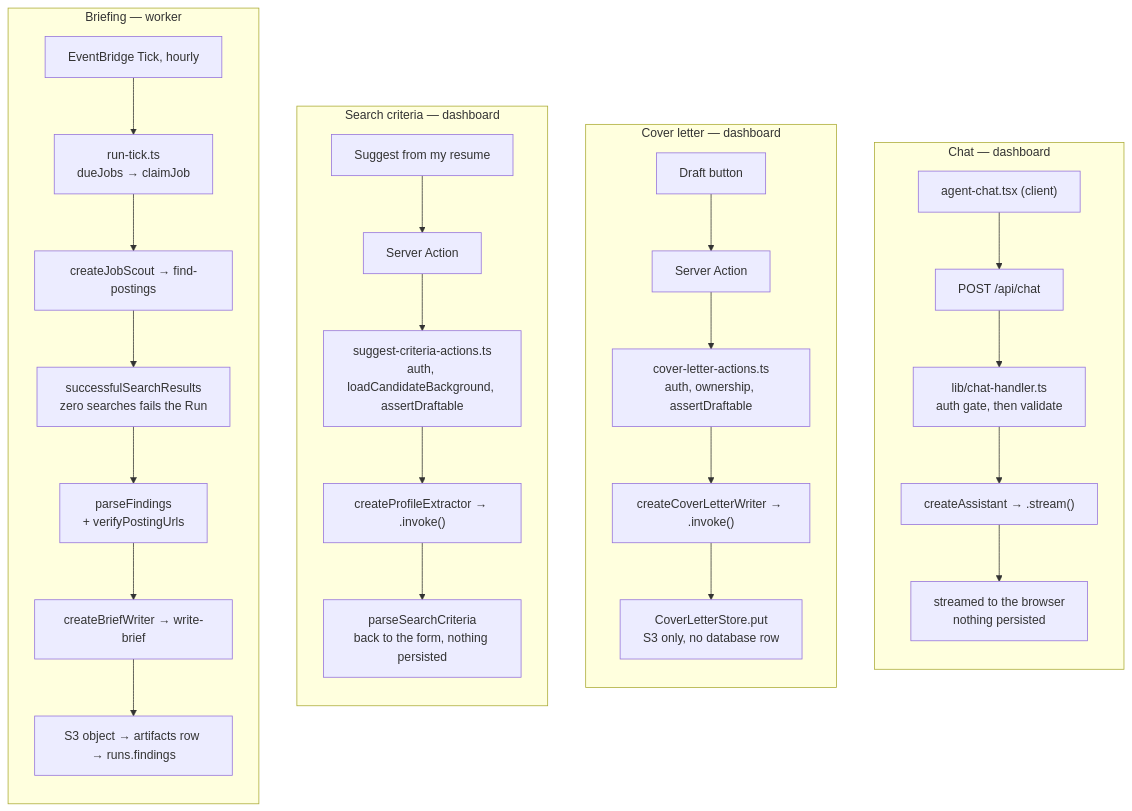
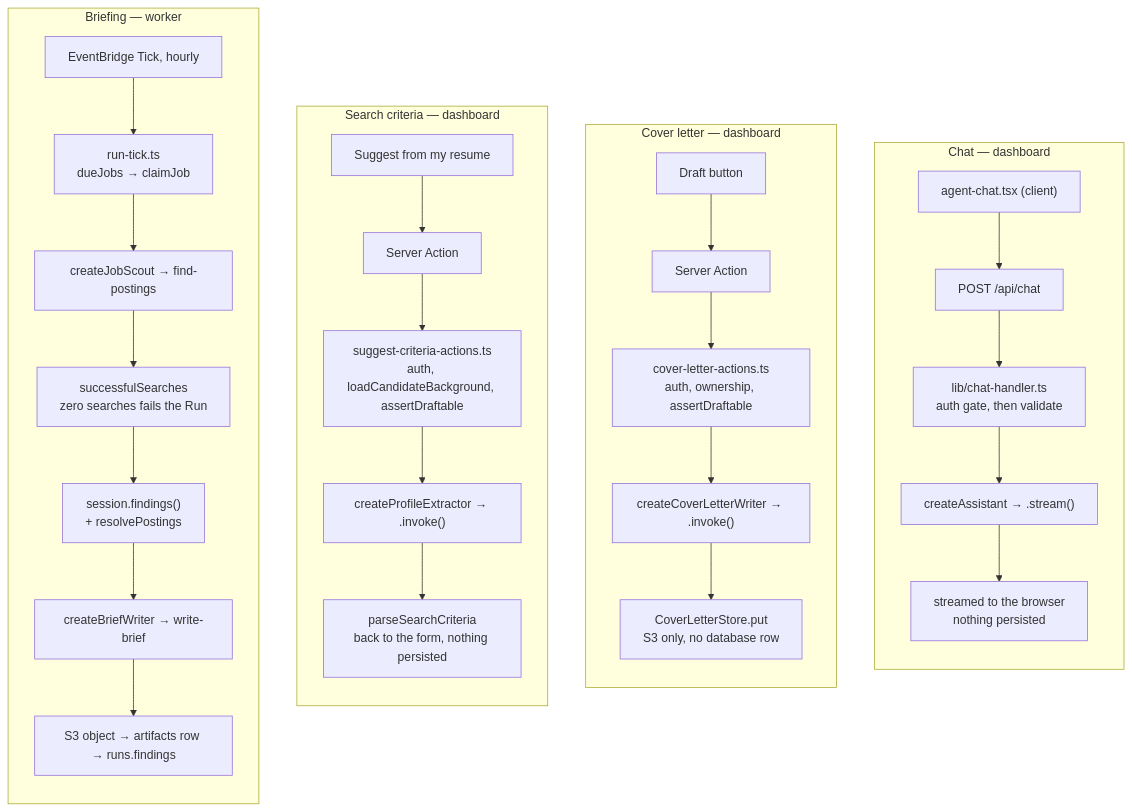
One commit to sunnyeyles/control-panel changed the fourth of 5 diagrams in docs/agent-architecture.md. Above: the diagram before and after it, drawn with Mermaid. The commit also changed other lines of this file and 36 other files, not shown here.

````diff
--- a/docs/agent-architecture.md
+++ b/docs/agent-architecture.md
@@ -238,36 +259,36 @@
 ```mermaid
 flowchart TD
     subgraph chat ["Chat — dashboard"]
         direction TB
         C1["agent-chat.tsx (client)"] --> C2["POST /api/chat"]
         C2 --> C3["lib/chat-handler.ts<br/>auth gate, then validate"]
         C3 --> C4["createAssistant → .stream()"]
         C4 --> C5["streamed to the browser<br/>nothing persisted"]
     end
 
     subgraph letter ["Cover letter — dashboard"]
         direction TB
         L1["Draft button"] --> L2["Server Action"]
         L2 --> L3["cover-letter-actions.ts<br/>auth, ownership, assertDraftable"]
         L3 --> L4["createCoverLetterWriter → .invoke()"]
         L4 --> L5["CoverLetterStore.put<br/>S3 only, no database row"]
     end
 
     subgraph criteria ["Search criteria — dashboard"]
         direction TB
         S1["Suggest from my resume"] --> S2["Server Action"]
         S2 --> S3["suggest-criteria-actions.ts<br/>auth, loadCandidateBackground, assertDraftable"]
         S3 --> S4["createProfileExtractor → .invoke()"]
         S4 --> S5["parseSearchCriteria<br/>back to the form, nothing persisted"]
     end
 
     subgraph brief ["Briefing — worker"]
         direction TB
         B1["EventBridge Tick, hourly"] --> B2["run-tick.ts<br/>dueJobs → claimJob"]
         B2 --> B3["createJobScout → find-postings"]
-        B3 --> B4["successfulSearchResults<br/>zero searches fails the Run"]
-        B4 --> B5["parseFindings<br/>+ verifyPostingUrls"]
+        B3 --> B4["successfulSearches<br/>zero searches fails the Run"]
+        B4 --> B5["session.findings()<br/>+ resolvePostings"]
         B5 --> B6["createBriefWriter → write-brief"]
         B6 --> B7["S3 object → artifacts row → runs.findings"]
     end
 ```
````
